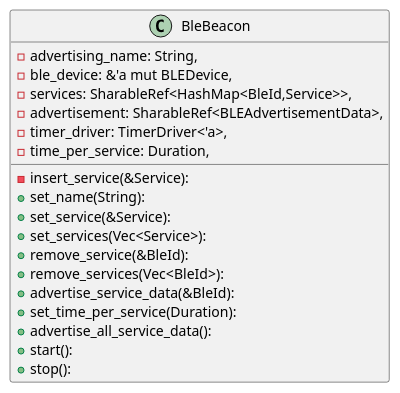
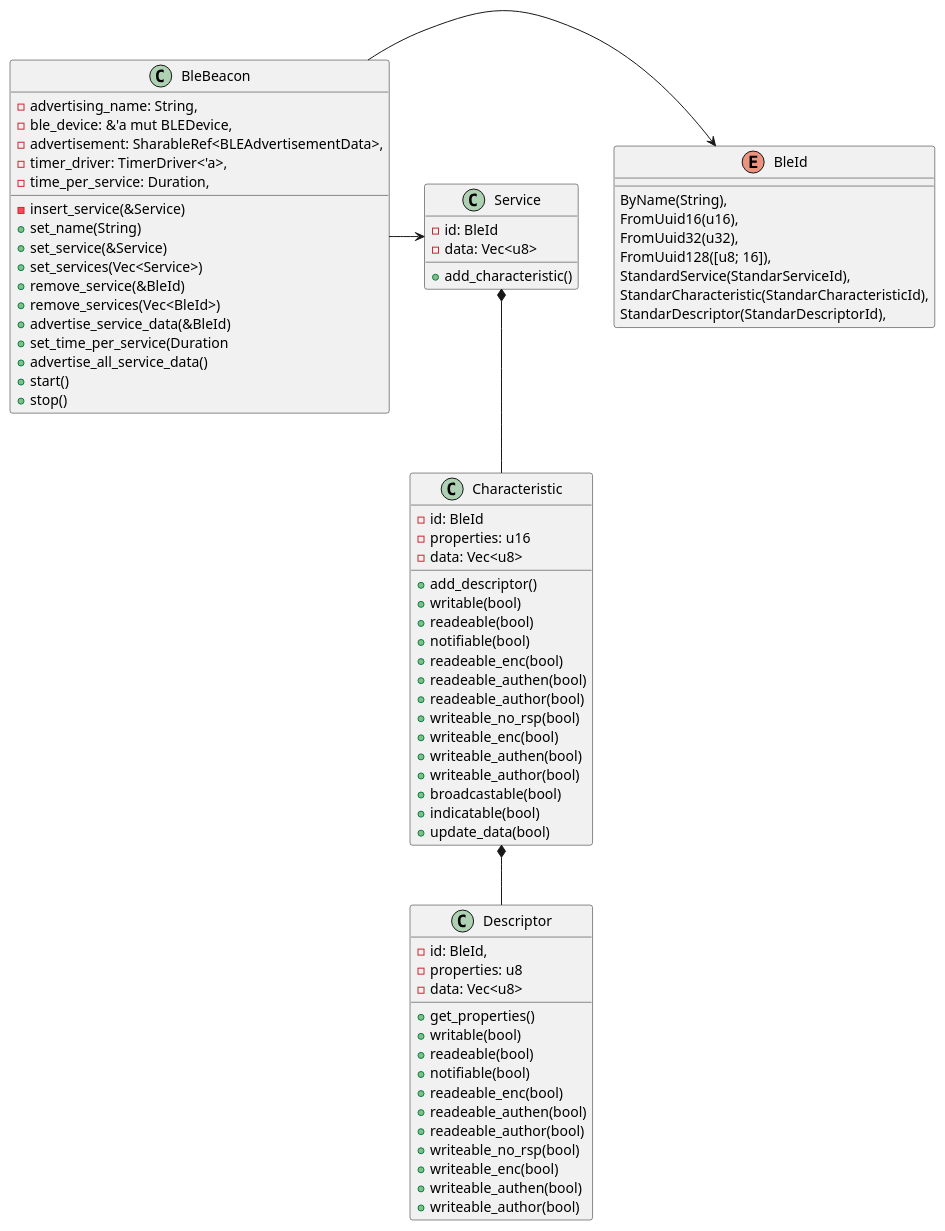
The diagram in diagrams/ble-beacon.puml (esp32framework/esp32framework), drawn with PlantUML before and after one commit. The commit also changed 6 other files, not shown here.

```diff
--- a/diagrams/ble-beacon.puml
+++ b/diagrams/ble-beacon.puml
@@ -1,23 +1,80 @@
 @startuml Ble Beacon
 
 class BleBeacon{
     - advertising_name: String,
     - ble_device: &'a mut BLEDevice,
-    - services: SharableRef<HashMap<BleId,Service>>,
     - advertisement: SharableRef<BLEAdvertisementData>,
     - timer_driver: TimerDriver<'a>,
     - time_per_service: Duration,
-    - insert_service(&Service):
-    + set_name(String):
-    + set_service(&Service): 
-    + set_services(Vec<Service>): 
-    + remove_service(&BleId): 
-    + remove_services(Vec<BleId>): 
-    + advertise_service_data(&BleId): 
-    + set_time_per_service(Duration):
-    + advertise_all_service_data(): 
-    + start(): 
-    + stop(): 
+    - insert_service(&Service)
+    + set_name(String)
+    + set_service(&Service)
+    + set_services(Vec<Service>)
+    + remove_service(&BleId)
+    + remove_services(Vec<BleId>)
+    + advertise_service_data(&BleId)
+    + set_time_per_service(Duration
+    + advertise_all_service_data()
+    + start()
+    + stop()
 }
 
+enum BleId {
+    ByName(String),
+    FromUuid16(u16),
+    FromUuid32(u32),
+    FromUuid128([u8; 16]),
+    StandardService(StandarServiceId),
+    StandarCharacteristic(StandarCharacteristicId),
+    StandarDescriptor(StandarDescriptorId),
+}
+
+class Service {
+    - id: BleId
+    - data: Vec<u8>
+    + add_characteristic()
+    
+} 
+
+class Characteristic{
+    - id: BleId
+    - properties: u16
+    - data: Vec<u8>
+    + add_descriptor()
+    + writable(bool)
+    + readeable(bool)
+    + notifiable(bool)
+    + readeable_enc(bool)
+    + readeable_authen(bool)
+    + readeable_author(bool)
+    + writeable_no_rsp(bool)
+    + writeable_enc(bool)
+    + writeable_authen(bool)
+    + writeable_author(bool)
+    + broadcastable(bool)
+    + indicatable(bool)
+    + update_data(bool)
+}
+
+class Descriptor{
+    - id: BleId,
+    - properties: u8
+    - data: Vec<u8>
+    + get_properties()
+    + writable(bool)
+    + readeable(bool)
+    + notifiable(bool)
+    + readeable_enc(bool)
+    + readeable_authen(bool)
+    + readeable_author(bool)
+    + writeable_no_rsp(bool)
+    + writeable_enc(bool)
+    + writeable_authen(bool)
+    + writeable_author(bool)
+}
+
+BleBeacon -> BleId
+BleBeacon -> Service
+Service *-- Characteristic
+Characteristic *-- Descriptor
 @enduml
```
